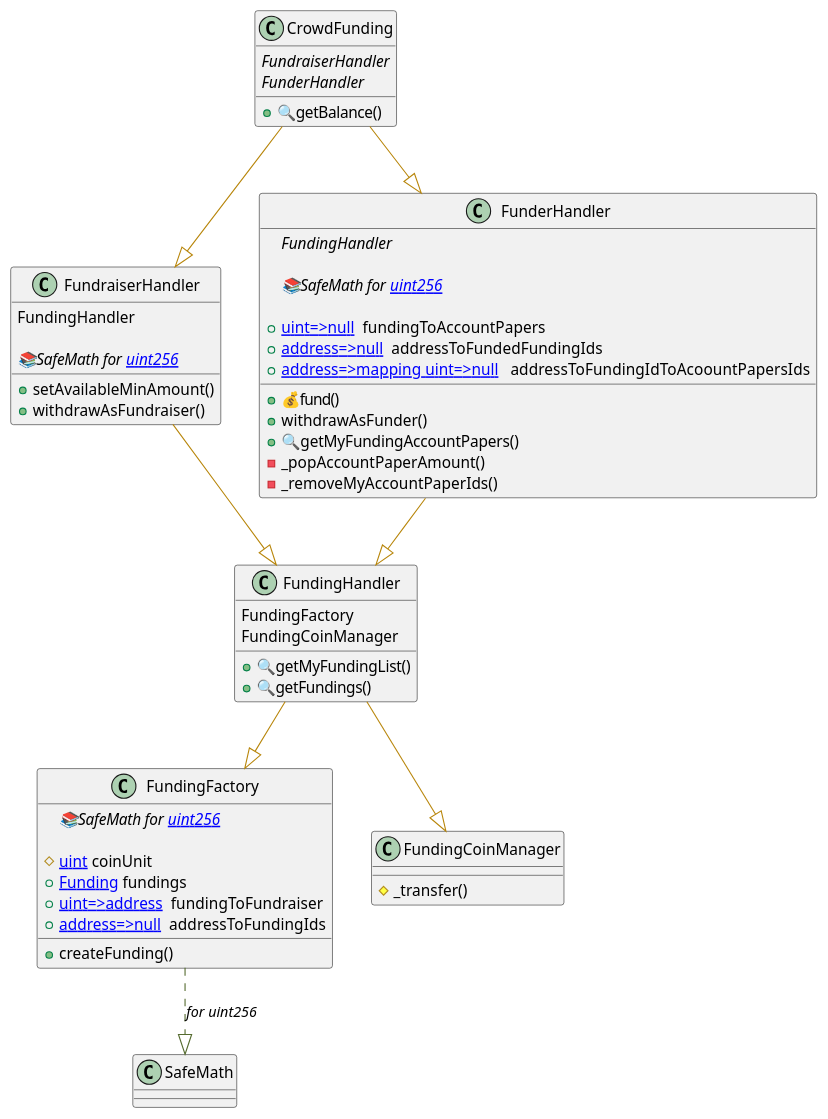
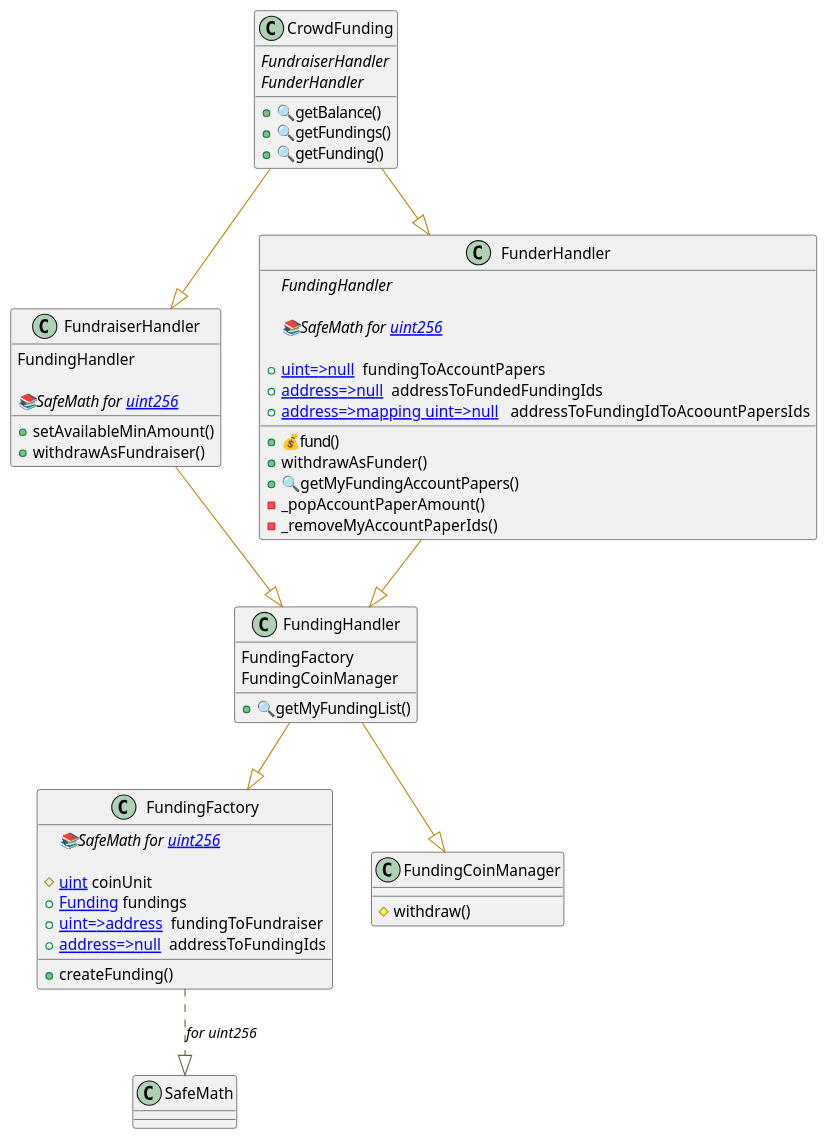
Before and after one commit to 0vollov0/crowd-funding: the diagram in uml/@solidity_uml.wsd, drawn with PlantUML. The commit also changed 2 other files, not shown here.

Commit message:
update uml

```diff
--- a/uml/@solidity_uml.wsd
+++ b/uml/@solidity_uml.wsd
@@ -1,111 +1,111 @@
 @startuml
 ' -- generated by: https://marketplace.visualstudio.com/items?itemName=tintinweb.solidity-visual-auditor
 '
 ' -- for auto-render install: https://marketplace.visualstudio.com/items?itemName=jebbs.plantuml
 ' -- options --
 
 
 
 ' -- classes --
 
 class FundingFactory {
     ' -- inheritance --
 
     ' -- usingFor --
 	{abstract}📚SafeMath for [[uint256]]
 
     ' -- vars --
 	#[[uint]] coinUnit
 	+[[Funding]] fundings
 	+[[mapping uint=>address ]] fundingToFundraiser
 	+[[mapping address=>null ]] addressToFundingIds
 
     ' -- methods --
 	+createFunding()
 }
 
 class FundingCoinManager {
     ' -- inheritance --
 
     ' -- usingFor --
 
     ' -- vars --
 
     ' -- methods --
-	#_transfer()
+	#withdraw()
 
 }
 
 class FundingHandler {
     ' -- inheritance --
 	FundingFactory
 	FundingCoinManager
 
     ' -- vars --
 
     ' -- methods --
 	+🔍getMyFundingList()
-	+🔍getFundings()
-
 }
 
 class FundraiserHandler {
     ' -- inheritance --
 	FundingHandler
 
     ' -- usingFor --
 	{abstract}📚SafeMath for [[uint256]]
 
     ' -- vars --
 
     ' -- methods --
 	+setAvailableMinAmount()
 	+withdrawAsFundraiser()
 
 }
 
 class FunderHandler {
     ' -- inheritance --
 	{abstract}FundingHandler
 
     ' -- usingFor --
 	{abstract}📚SafeMath for [[uint256]]
 
     ' -- vars --
 	+[[mapping uint=>null ]] fundingToAccountPapers
 	+[[mapping address=>null ]] addressToFundedFundingIds
 	+[[mapping address=>mapping uint=>null  ]] addressToFundingIdToAcoountPapersIds
 
     ' -- methods --
 	+💰fund()
 	+withdrawAsFunder()
 	+🔍getMyFundingAccountPapers()
 	-_popAccountPaperAmount()
 	-_removeMyAccountPaperIds()
 
 }
 
 class CrowdFunding {
     ' -- inheritance --
 	{abstract}FundraiserHandler
 	{abstract}FunderHandler
 
     ' -- usingFor --
 
     ' -- vars --
 
     ' -- methods --
 	+🔍getBalance()
+	+🔍getFundings()
+	+🔍getFunding()
 
 }
 
 ' -- inheritance / usingFor --
 FundingFactory ..[#DarkOliveGreen]|> SafeMath : //for uint256//
 FundingHandler --[#DarkGoldenRod]|> FundingFactory
 FundingHandler --[#DarkGoldenRod]|> FundingCoinManager
 FundraiserHandler --[#DarkGoldenRod]|> FundingHandler
 FunderHandler --[#DarkGoldenRod]|> FundingHandler
 CrowdFunding --[#DarkGoldenRod]|> FundraiserHandler
 CrowdFunding --[#DarkGoldenRod]|> FunderHandler
 
 @enduml
```
